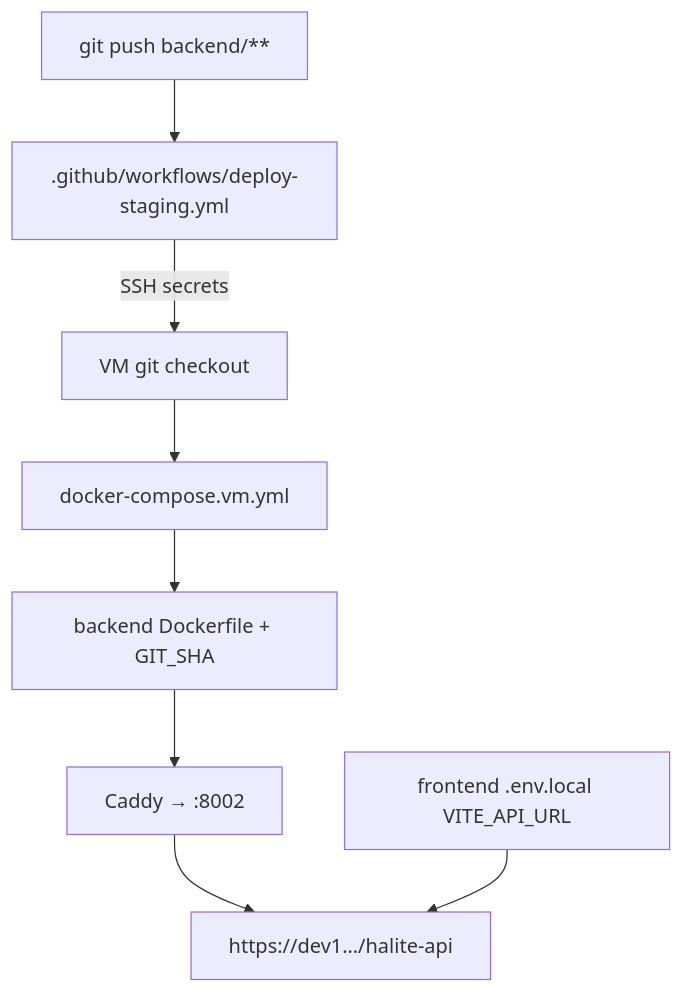
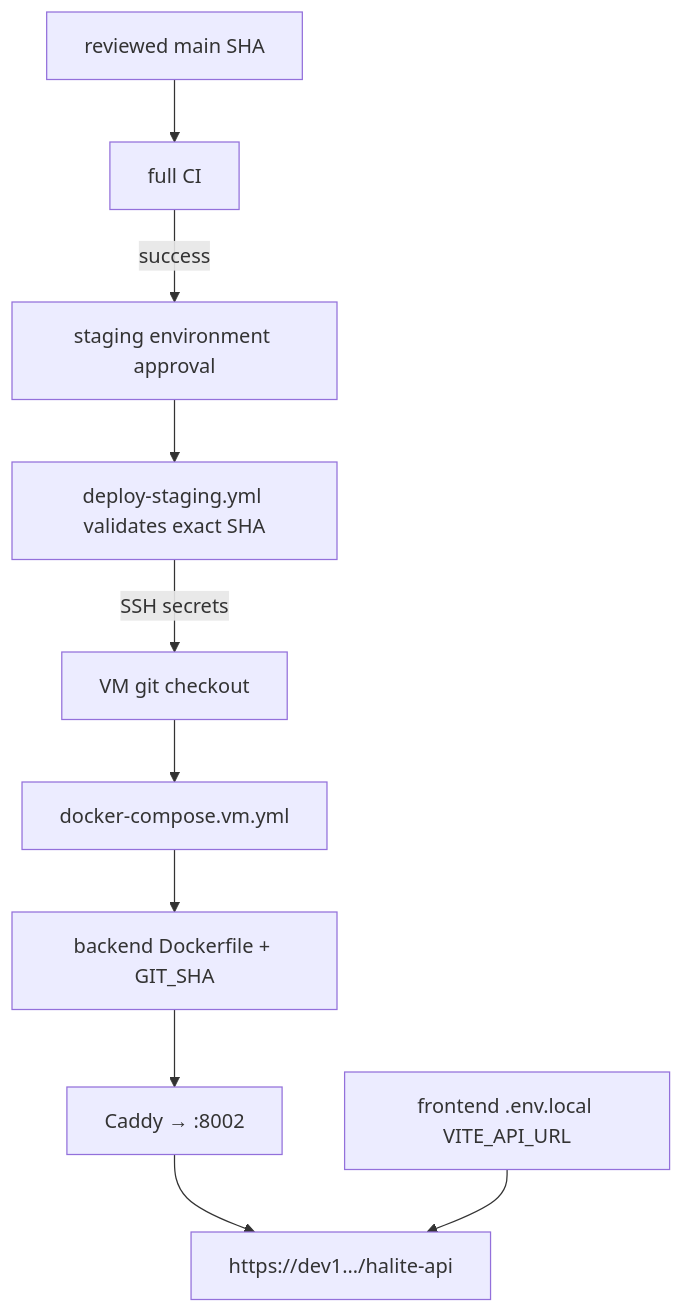
The second of 2 diagrams in knowledge/flows/FLOW-deploy.md (umaritics/halite), drawn with Mermaid before and after one commit. The commit also changed other lines of this file and 14 other files, not shown here.

````diff
--- a/knowledge/flows/FLOW-deploy.md
+++ b/knowledge/flows/FLOW-deploy.md
@@ -33,10 +36,12 @@
 ```mermaid
 flowchart TB
-  Push[git push backend/**] --> WF[.github/workflows/deploy-staging.yml]
+  Main[reviewed main SHA] --> CI[full CI]
+  CI -->|success| Approval[staging environment approval]
+  Approval --> WF[deploy-staging.yml validates exact SHA]
   WF -->|SSH secrets| VM[VM git checkout]
   VM --> Compose[docker-compose.vm.yml]
   Compose --> Image[backend Dockerfile + GIT_SHA]
   Image --> Caddy[Caddy → :8002]
   Caddy --> Public[https://dev1…/halite-api]
   FE[frontend .env.local VITE_API_URL] --> Public
 ```
````
